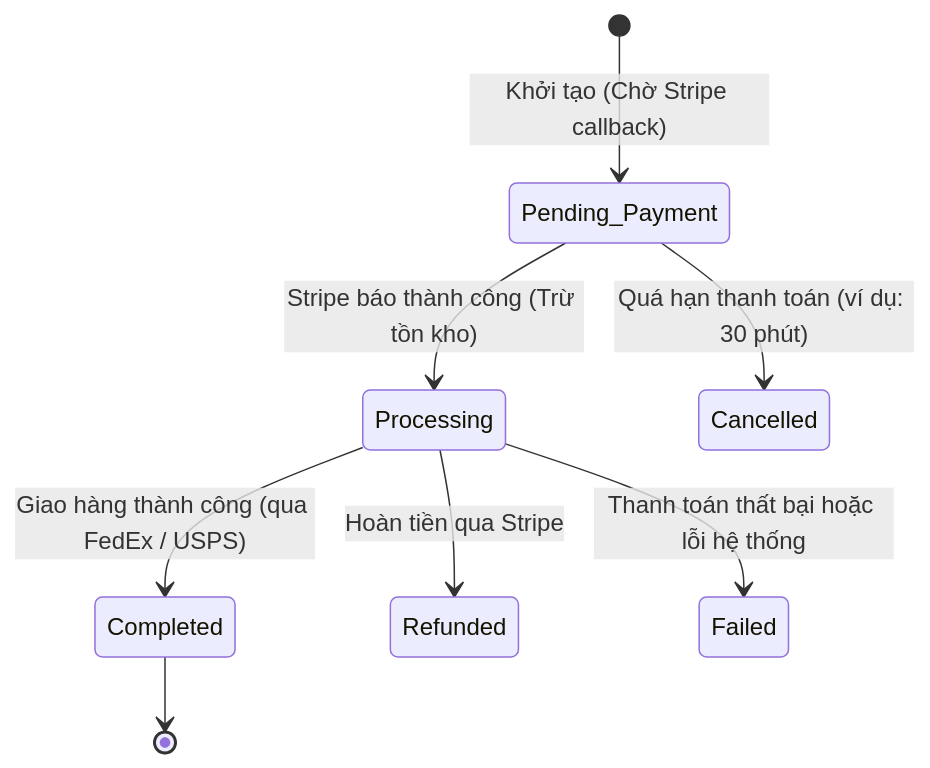
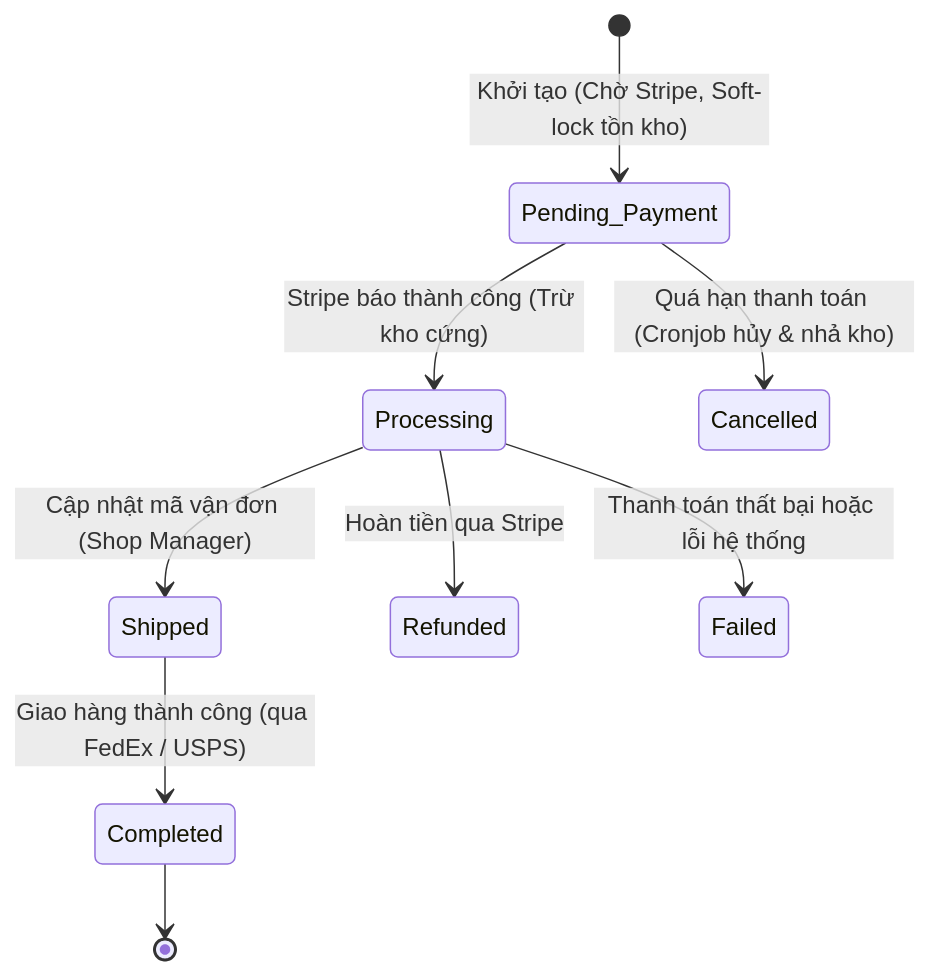
One commit to vesviet/cloudflare-ecommerce changed the second of 2 diagrams in plan/woocommerce-core-flow-ba-brief.md. Above: the diagram before and after it, drawn with Mermaid. The commit also changed other lines of this file and 50 other files, not shown here.

````diff
--- a/plan/woocommerce-core-flow-ba-brief.md
+++ b/plan/woocommerce-core-flow-ba-brief.md
@@ -33,10 +33,11 @@
 ```mermaid
 stateDiagram-v2
-    [*] --> Pending_Payment: Khởi tạo (Chờ Stripe callback)
-    Pending_Payment --> Processing: Stripe báo thành công (Trừ tồn kho)
-    Pending_Payment --> Cancelled: Quá hạn thanh toán (ví dụ: 30 phút)
-    Processing --> Completed: Giao hàng thành công (qua FedEx / USPS)
+    [*] --> Pending_Payment: Khởi tạo (Chờ Stripe, Soft-lock tồn kho)
+    Pending_Payment --> Processing: Stripe báo thành công (Trừ kho cứng)
+    Pending_Payment --> Cancelled: Quá hạn thanh toán (Cronjob hủy & nhả kho)
+    Processing --> Shipped: Cập nhật mã vận đơn (Shop Manager)
+    Shipped --> Completed: Giao hàng thành công (qua FedEx / USPS)
     Processing --> Refunded: Hoàn tiền qua Stripe
     Processing --> Failed: Thanh toán thất bại hoặc lỗi hệ thống
     Completed --> [*]
 ```
````
